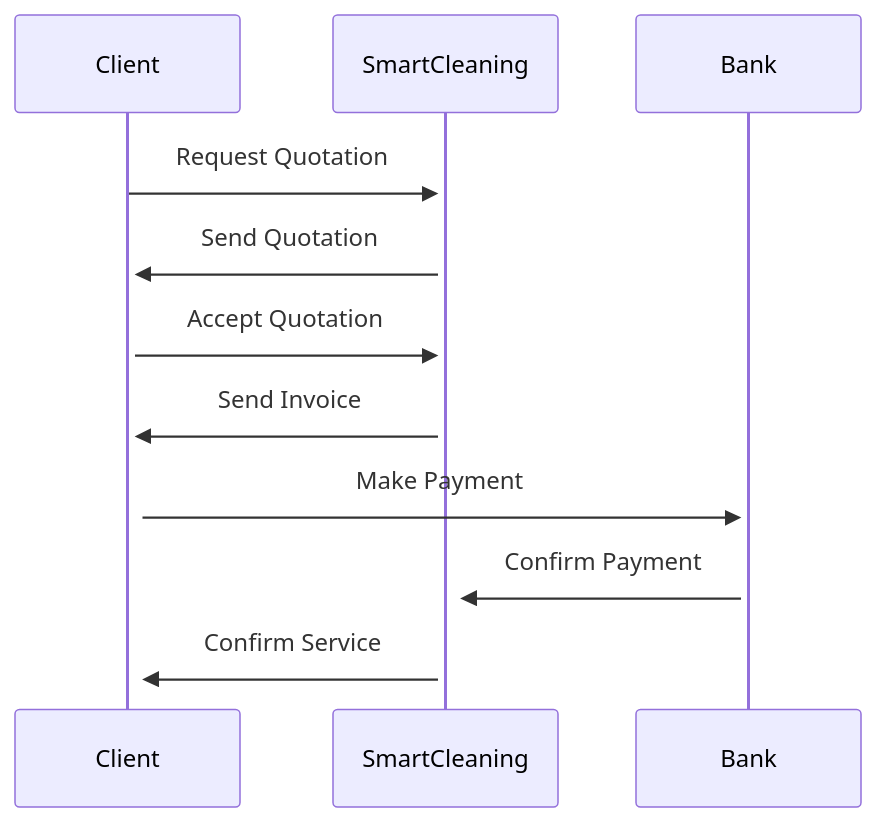
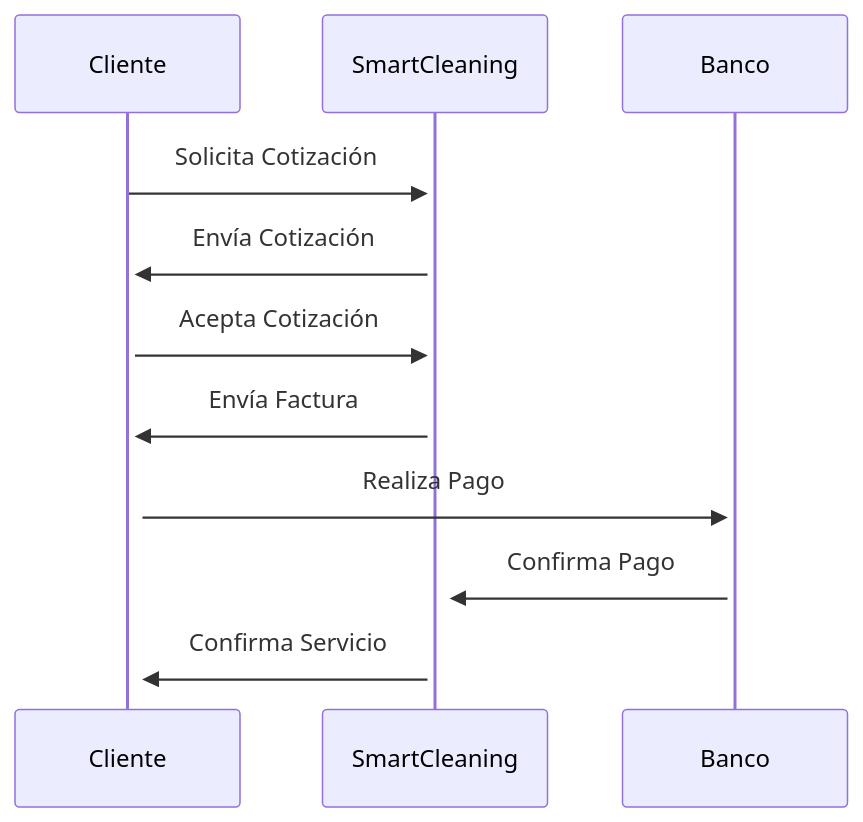
The sixth of 10 diagrams in README.md (despiau/mermaid), drawn with Mermaid before and after one commit. The commit also changed other lines of this file, not shown here.

````diff
--- a/README.md
+++ b/README.md
@@ -102,10 +102,10 @@
 ```mermaid
 sequenceDiagram
-    Client->>+SmartCleaning: Request Quotation
-    SmartCleaning->>+Client: Send Quotation
-    Client->>+SmartCleaning: Accept Quotation
-    SmartCleaning->>+Client: Send Invoice
-    Client->>+Bank: Make Payment
-    Bank->>+SmartCleaning: Confirm Payment
-    SmartCleaning->>+Client: Confirm Service
+    Cliente->>+SmartCleaning: Solicita Cotización
+    SmartCleaning->>+Cliente: Envía Cotización
+    Cliente->>+SmartCleaning: Acepta Cotización
+    SmartCleaning->>+Cliente: Envía Factura
+    Cliente->>+Banco: Realiza Pago
+    Banco->>+SmartCleaning: Confirma Pago
+    SmartCleaning->>+Cliente: Confirma Servicio
 ```
````
